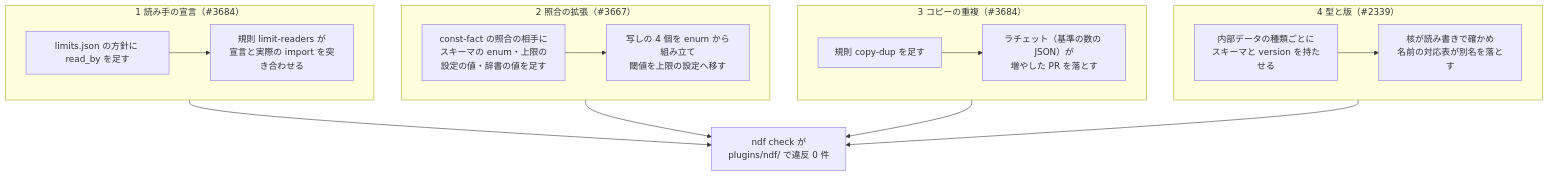
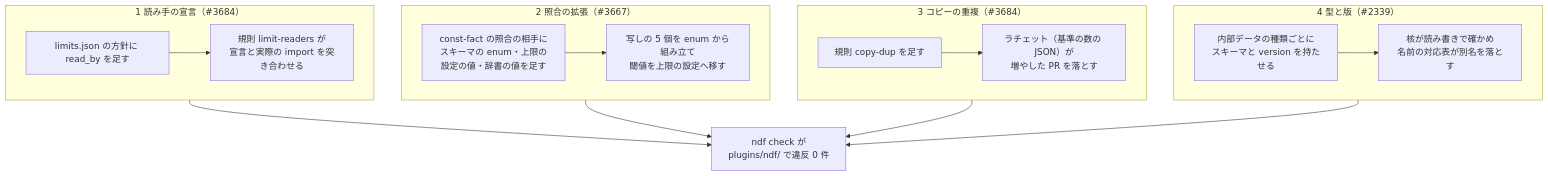
Before and after one commit to devbasex/ai-plugins: the second of 4 diagrams in issues/issue-3684-3667-2339-design.md, drawn with Mermaid. The commit also changed other lines of this file and 1 other file, not shown here.

````diff
--- a/issues/issue-3684-3667-2339-design.md
+++ b/issues/issue-3684-3667-2339-design.md
@@ -63,19 +63,19 @@
 ```mermaid
 flowchart TB
   subgraph A["1 読み手の宣言（#3684）"]
     A1["limits.json の方針に read_by を足す"] --> A2["規則 limit-readers が<br/>宣言と実際の import を突き合わせる"]
   end
   subgraph B["2 照合の拡張（#3667）"]
-    B1["const-fact の照合の相手に<br/>スキーマの enum・上限の設定の値・辞書の値を足す"] --> B2["写しの 4 個を enum から組み立て<br/>閾値を上限の設定へ移す"]
+    B1["const-fact の照合の相手に<br/>スキーマの enum・上限の設定の値・辞書の値を足す"] --> B2["写しの 5 個を enum から組み立て<br/>閾値を上限の設定へ移す"]
   end
   subgraph C["3 コピーの重複（#3684）"]
     C1["規則 copy-dup を足す"] --> C2["ラチェット（基準の数の JSON）が<br/>増やした PR を落とす"]
   end
   subgraph D["4 型と版（#2339）"]
     D1["内部データの種類ごとに<br/>スキーマと version を持たせる"] --> D2["核が読み書きで確かめ<br/>名前の対応表が別名を落とす"]
   end
   A --> E["ndf check が<br/>plugins/ndf/ で違反 0 件"]
   B --> E
   C --> E
   D --> E
 ```
````
